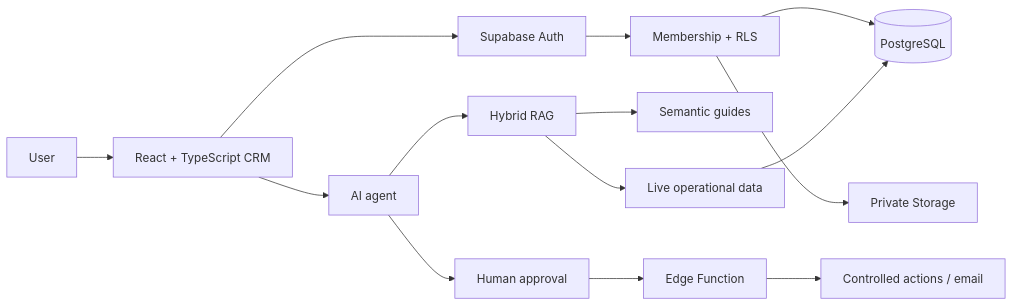
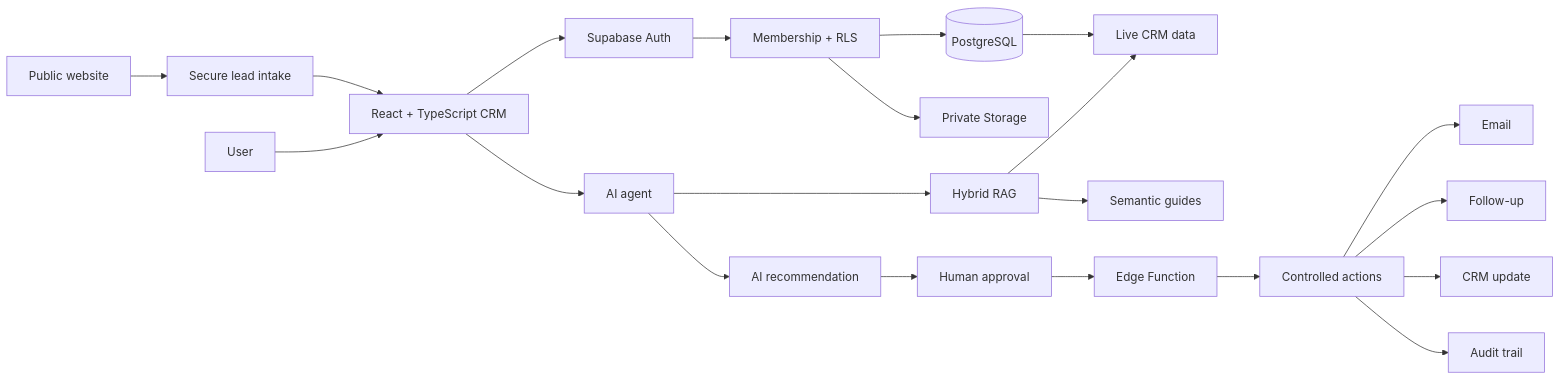
The first of 3 diagrams in README.md (diegofrancoe/diegofrancoe), drawn with Mermaid before and after one commit. The commit also changed other lines of this file, not shown here.

Commit message:
Expand Ceniza architecture with AI and controlled automation flow

```diff
--- a/README.md
+++ b/README.md
@@ -40,16 +40,27 @@
 ~~~mermaid
 flowchart LR
-    U[User] --> UI[React + TypeScript CRM]
-    UI --> AUTH[Supabase Auth]
-    AUTH --> RLS[Membership + RLS]
-    RLS --> DB[(PostgreSQL)]
-    RLS --> ST[Private Storage]
-    UI --> AI[AI agent]
-    AI --> RAG[Hybrid RAG]
-    RAG --> KB[Semantic guides]
-    RAG --> LIVE[Live operational data]
-    LIVE --> DB
-    AI --> APPROVAL[Human approval]
+    SITE[Public website] --> INTAKE[Secure lead intake]
+    INTAKE --> CRM[React + TypeScript CRM]
+
+    USER[User] --> CRM
+    CRM --> AUTH[Supabase Auth]
+    AUTH --> ACCESS[Membership + RLS]
+    ACCESS --> DB[(PostgreSQL)]
+    ACCESS --> STORAGE[Private Storage]
+
+    DB --> OPS[Live CRM data]
+    CRM --> AGENT[AI agent]
+    AGENT --> RAG[Hybrid RAG]
+    RAG --> GUIDES[Semantic guides]
+    RAG --> OPS
+
+    AGENT --> REC[AI recommendation]
+    REC --> APPROVAL[Human approval]
     APPROVAL --> EDGE[Edge Function]
-    EDGE --> ACTIONS[Controlled actions / email]
+    EDGE --> ACTIONS[Controlled actions]
+
+    ACTIONS --> EMAIL[Email]
+    ACTIONS --> FOLLOW[Follow-up]
+    ACTIONS --> UPDATE[CRM update]
+    ACTIONS --> AUDIT[Audit trail]
 ~~~
```
